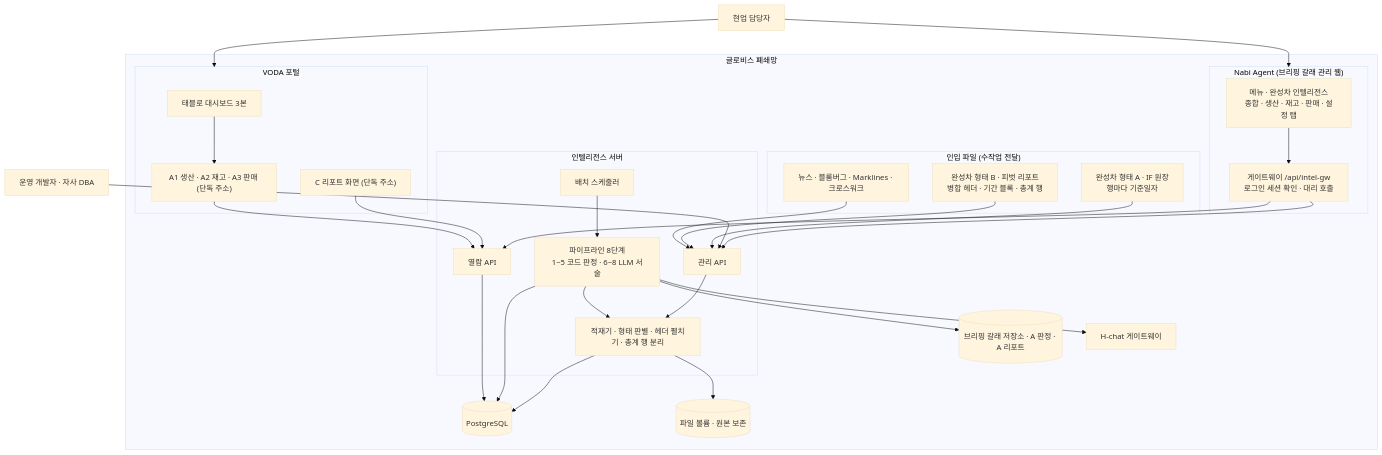
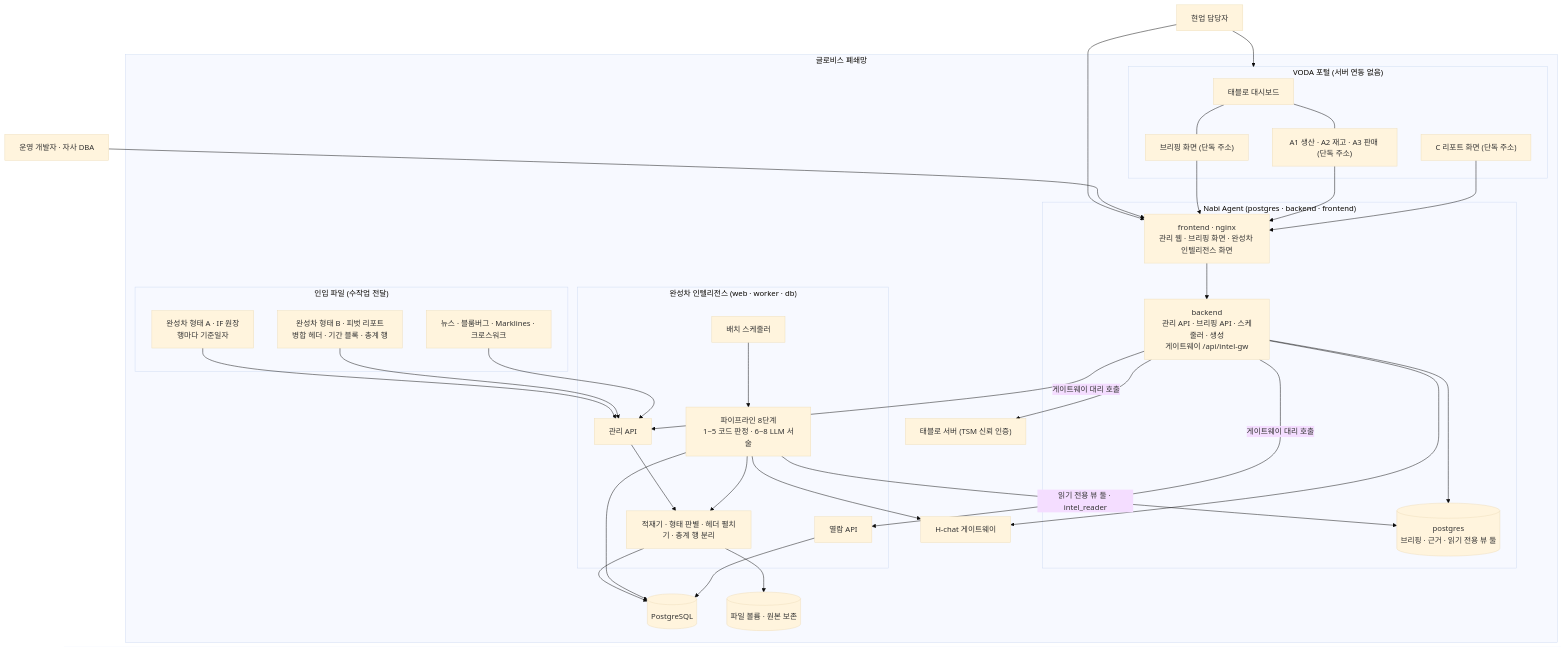
The diagram in docs/specs/05-INFRA/TBL-INFRA-002.md (HoyoungParkme/tableau_platform), drawn with Mermaid (base theme) before and after one commit. The commit also changed other lines of this file, not shown here.

Commit message:
브리핑 갈래 인프라(로컬 05)를 합쳤다. 제약 GLV-C-001~008과 VODA 반면교사를 C1·C2·C9 확장과 C21~C26으로, 새벽 생성 순서·읽기 전용 뷰·서명값 로그를 C27~C29로 더했다. 구성도를 두 서비스로 다시 그리고, 기술 스택·내부 구조·인증·데이터·외부 변경·배치에 Nabi Agent 절을, 반입 절차(두 서비스 공통)를 더했다. 10-01 합친 compose(F3)에 맞춰 완성차 컨테이너 표와 진입점을 고치고, 사설 패키지 저장소 문장을 실측대로 바로잡았다.

````diff
--- a/docs/specs/05-INFRA/TBL-INFRA-002.md
+++ b/docs/specs/05-INFRA/TBL-INFRA-002.md
@@ -178,51 +244,58 @@
 ```mermaid
 flowchart TB
   subgraph closed["글로비스 폐쇄망"]
     subgraph src["인입 파일 (수작업 전달)"]
       FA["완성차 형태 A · IF 원장<br/>행마다 기준일자"]
       FB["완성차 형태 B · 피벗 리포트<br/>병합 헤더 · 기간 블록 · 총계 행"]
       ETC["뉴스 · 블룸버그 · Marklines · 크로스워크"]
     end
-    subgraph nabi["Nabi Agent (브리핑 갈래 관리 웹)"]
-      NMENU["메뉴 · 완성차 인텔리전스<br/>종합 · 생산 · 재고 · 판매 · 설정 탭"]
-      GW["게이트웨이 /api/intel-gw<br/>로그인 세션 확인 · 대리 호출"]
-    end
-    subgraph voda["VODA 포털"]
-      TAB["태블로 대시보드 3본"]
+    subgraph voda["VODA 포털 (서버 연동 없음)"]
+      TAB["태블로 대시보드"]
+      BRV["브리핑 화면 (단독 주소)"]
       AREP["A1 생산 · A2 재고 · A3 판매 (단독 주소)"]
       CWEB["C 리포트 화면 (단독 주소)"]
     end
-    subgraph app["인텔리전스 서버"]
+    subgraph nabi["Nabi Agent (postgres · backend · frontend)"]
+      NFE["frontend · nginx<br/>관리 웹 · 브리핑 화면 · 완성차 인텔리전스 화면"]
+      NBE["backend<br/>관리 API · 브리핑 API · 스케줄러 · 생성<br/>게이트웨이 /api/intel-gw"]
+      NDB[("postgres<br/>브리핑 · 근거 · 읽기 전용 뷰 둘")]
+    end
+    subgraph app["완성차 인텔리전스 (web · worker · db)"]
       ADMAPI["관리 API"]
       LOAD["적재기 · 형태 판별 · 헤더 펼치기 · 총계 행 분리"]
       SCHED["배치 스케줄러"]
       PIPE["파이프라인 8단계<br/>1~5 코드 판정 · 6~8 LLM 서술"]
       PUBAPI["열람 API"]
     end
     DB[("PostgreSQL")]
     VOL[("파일 볼륨 · 원본 보존")]
-    BRIEF[("브리핑 갈래 저장소 · A 판정 · A 리포트")]
+    TS["태블로 서버 (TSM 신뢰 인증)"]
     HCHAT["H-chat 게이트웨이"]
   end
-  USER["현업 담당자"] --> nabi
-  USER --> voda
-  NMENU --> GW
-  GW --> PUBAPI
-  GW --> ADMAPI
-  ADMIN["운영 개발자 · 자사 DBA"] --> ADMAPI
+  USER["현업 담당자"] --> voda
+  USER --> NFE
+  ADMIN["운영 개발자 · 자사 DBA"] --> NFE
+  TAB --- BRV
+  TAB --- AREP
+  BRV --> NFE
+  AREP --> NFE
+  CWEB --> NFE
+  NFE --> NBE
+  NBE --> NDB
+  NBE --> TS
+  NBE --> HCHAT
+  NBE -- "게이트웨이 대리 호출" --> PUBAPI
+  NBE -- "게이트웨이 대리 호출" --> ADMAPI
   FA --> ADMAPI
   FB --> ADMAPI
   ETC --> ADMAPI
   ADMAPI --> LOAD
   LOAD --> VOL
   LOAD --> DB
   SCHED --> PIPE
   PIPE --> LOAD
   PIPE --> DB
-  PIPE --> BRIEF
+  PIPE -- "읽기 전용 뷰 둘 · intel_reader" --> NDB
   PIPE --> HCHAT
-  CWEB --> PUBAPI
-  AREP --> PUBAPI
   PUBAPI --> DB
-  TAB --> AREP
 ```
````
